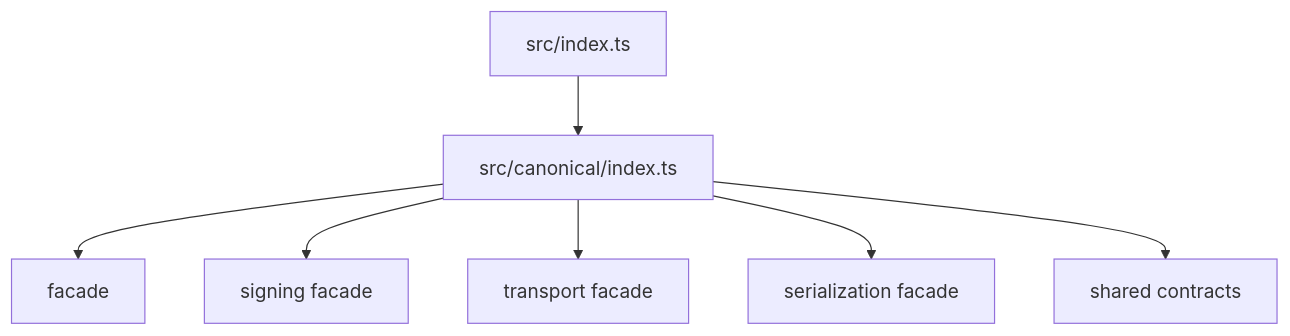
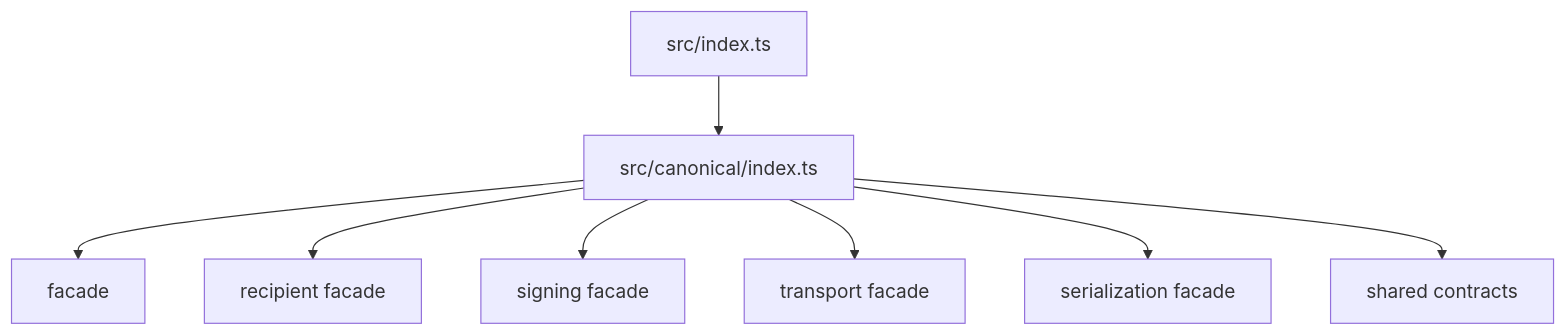
Before and after one commit to linkiez/nfe_sdk: the diagram in src/canonical/index.doc.md, drawn with Mermaid. The commit also changed other lines of this file and 82 other files, not shown here.

````diff
--- a/src/canonical/index.doc.md
+++ b/src/canonical/index.doc.md
@@ -24,9 +25,10 @@
 ```mermaid
 flowchart TD
   A[src/index.ts] --> B[src/canonical/index.ts]
   B --> C[facade]
-  B --> D[signing facade]
-  B --> E[transport facade]
-  B --> F[serialization facade]
-  B --> G[shared contracts]
+  B --> D[recipient facade]
+  B --> E[signing facade]
+  B --> F[transport facade]
+  B --> G[serialization facade]
+  B --> H[shared contracts]
 ```
````
